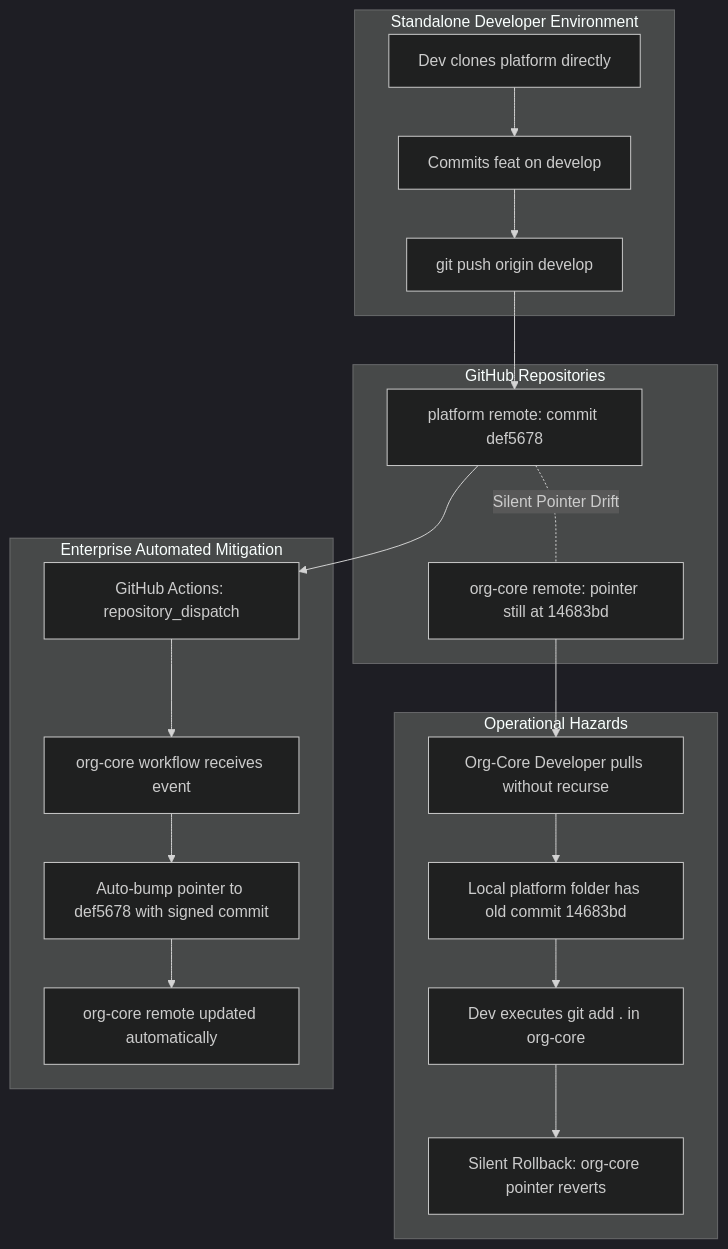
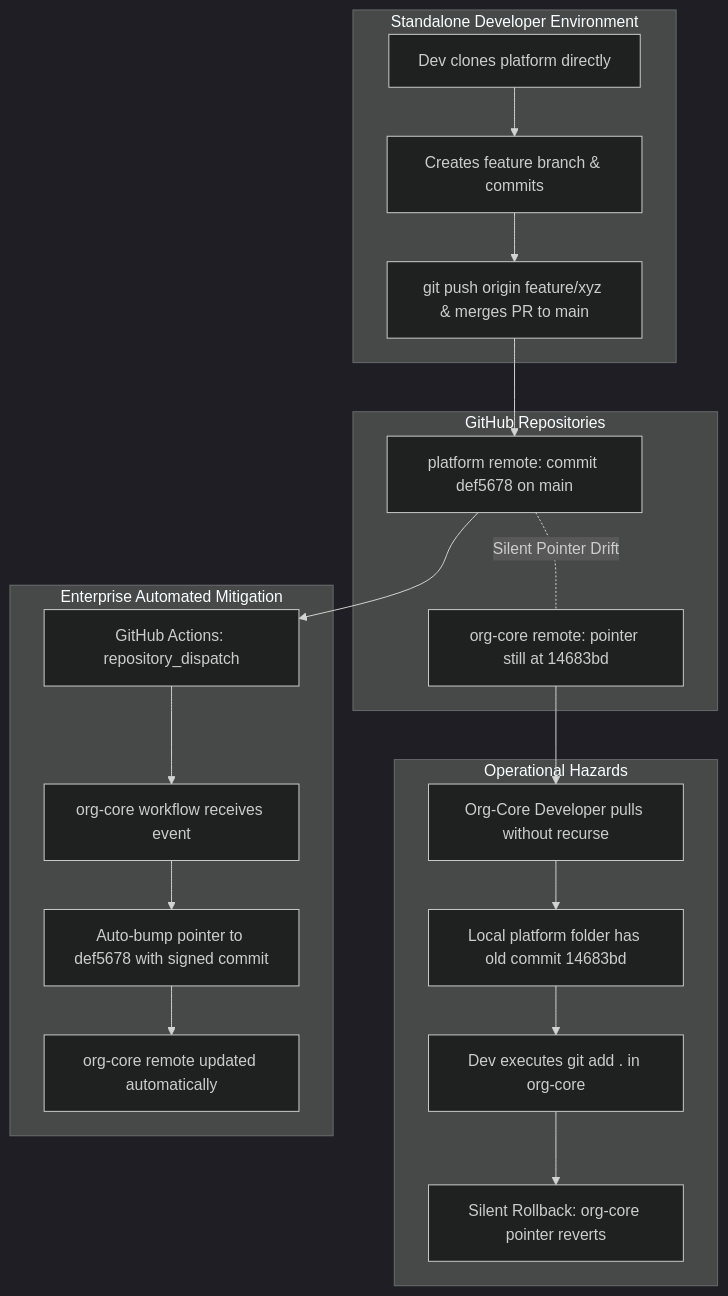
One commit to tupynambalucas-dev/.github changed the second of 3 diagrams in .agents/plans/meta-repository-architecture/git-submodules-and-multi-repo-orchestration-plan.md. Above: the diagram before and after it, drawn with Mermaid (dark theme). The commit also changed other lines of this file and 1 other file, not shown here.

````diff
--- a/.agents/plans/meta-repository-architecture/git-submodules-and-multi-repo-orchestration-plan.md
+++ b/.agents/plans/meta-repository-architecture/git-submodules-and-multi-repo-orchestration-plan.md
@@ -178,27 +179,27 @@
 ```mermaid
 flowchart TD
     subgraph StandaloneDev["Standalone Developer Environment"]
-        A["Dev clones platform directly"] --> B["Commits feat on develop"]
-        B --> C["git push origin develop"]
+        A["Dev clones platform directly"] --> B["Creates feature branch & commits"]
+        B --> C["git push origin feature/xyz & merges PR to main"]
     end
 
     subgraph GitHubRemote["GitHub Repositories"]
-        C --> D["platform remote: commit def5678"]
+        C --> D["platform remote: commit def5678 on main"]
         E["org-core remote: pointer still at 14683bd"]
     end
 
     subgraph Hazards["Operational Hazards"]
         D -. Silent Pointer Drift .- E
         E --> F["Org-Core Developer pulls without recurse"]
         F --> G["Local platform folder has old commit 14683bd"]
         G --> H["Dev executes git add . in org-core"]
         H --> I["Silent Rollback: org-core pointer reverts"]
     end
 
     subgraph Mitigation["Enterprise Automated Mitigation"]
         D --> J["GitHub Actions: repository_dispatch"]
         J --> K["org-core workflow receives event"]
         K --> L["Auto-bump pointer to def5678 with signed commit"]
         L --> M["org-core remote updated automatically"]
     end
 ```
````
